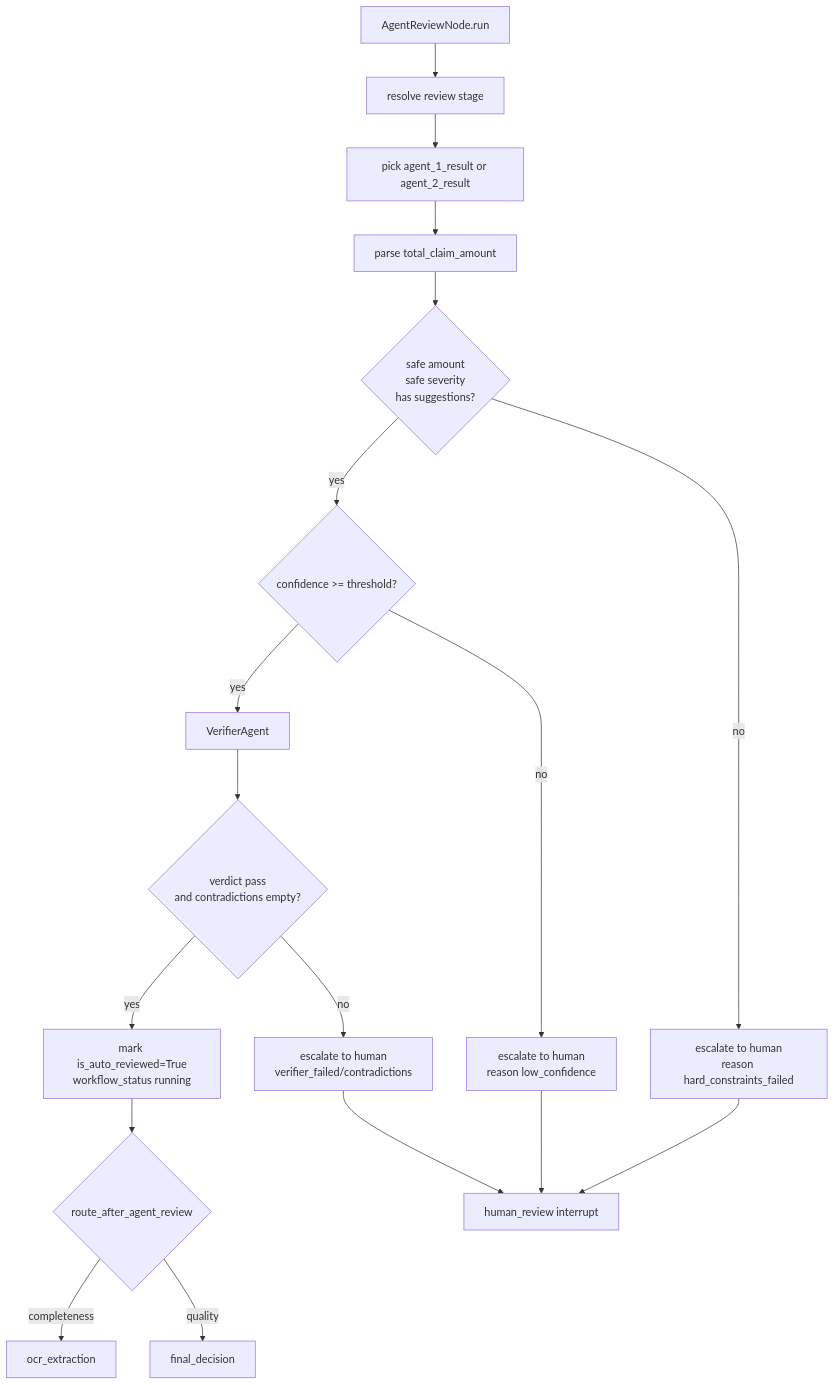
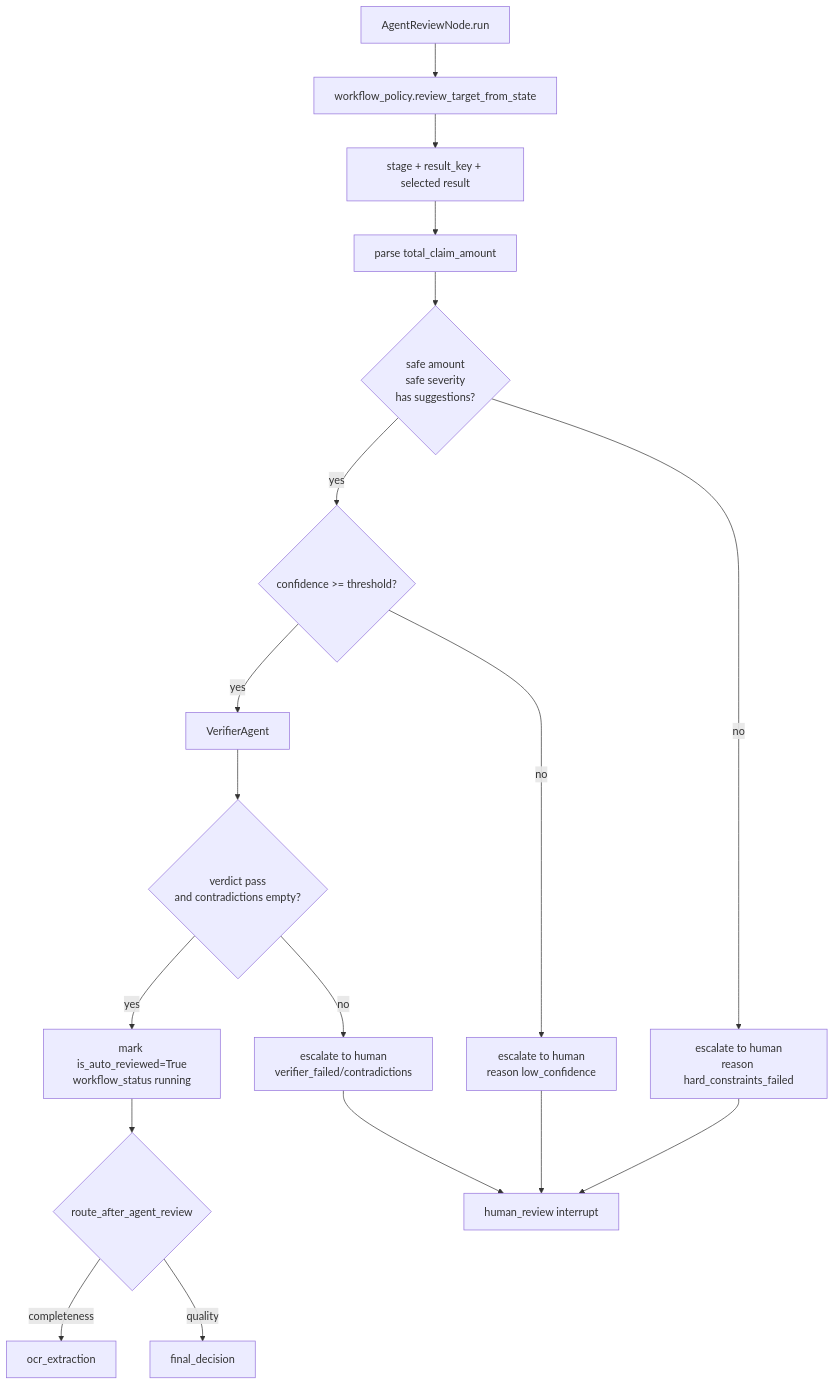
Before and after one commit to anhtuan23004/Undergraduate-thesis-2026: the fifth of 7 diagrams in src/agent-service/docs/02-workflow-graph.md, drawn with Mermaid. The commit also changed other lines of this file and 6 other files, not shown here.

Commit message:
refactor(agent-service): centralize workflow routing policy

````diff
--- a/src/agent-service/docs/02-workflow-graph.md
+++ b/src/agent-service/docs/02-workflow-graph.md
@@ -120,21 +163,21 @@
 ```mermaid
 flowchart TD
-    AR["AgentReviewNode.run"] --> Stage["resolve review stage"]
-    Stage --> Pick["pick agent_1_result or agent_2_result"]
+    AR["AgentReviewNode.run"] --> Target["workflow_policy.review_target_from_state"]
+    Target --> Pick["stage + result_key + selected result"]
     Pick --> Amount["parse total_claim_amount"]
     Amount --> Hard{"safe amount<br/>safe severity<br/>has suggestions?"}
     Hard -->|"no"| Escalate1["escalate to human<br/>reason hard_constraints_failed"]
     Hard -->|"yes"| Confidence{"confidence >= threshold?"}
     Confidence -->|"no"| Escalate2["escalate to human<br/>reason low_confidence"]
     Confidence -->|"yes"| Verifier["VerifierAgent"]
     Verifier --> Verdict{"verdict pass<br/>and contradictions empty?"}
     Verdict -->|"yes"| Auto["mark is_auto_reviewed=True<br/>workflow_status running"]
     Verdict -->|"no"| Escalate3["escalate to human<br/>verifier_failed/contradictions"]
 
     Auto --> RouteAuto{"route_after_agent_review"}
     RouteAuto -->|"completeness"| OCR["ocr_extraction"]
     RouteAuto -->|"quality"| Final["final_decision"]
     Escalate1 --> Human["human_review interrupt"]
     Escalate2 --> Human
     Escalate3 --> Human
 ```
````
